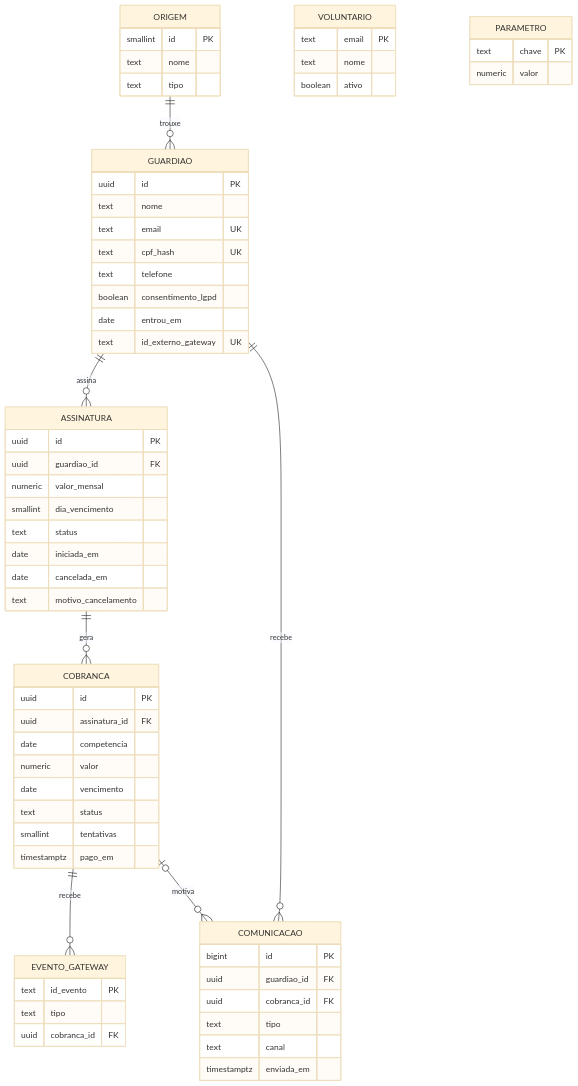
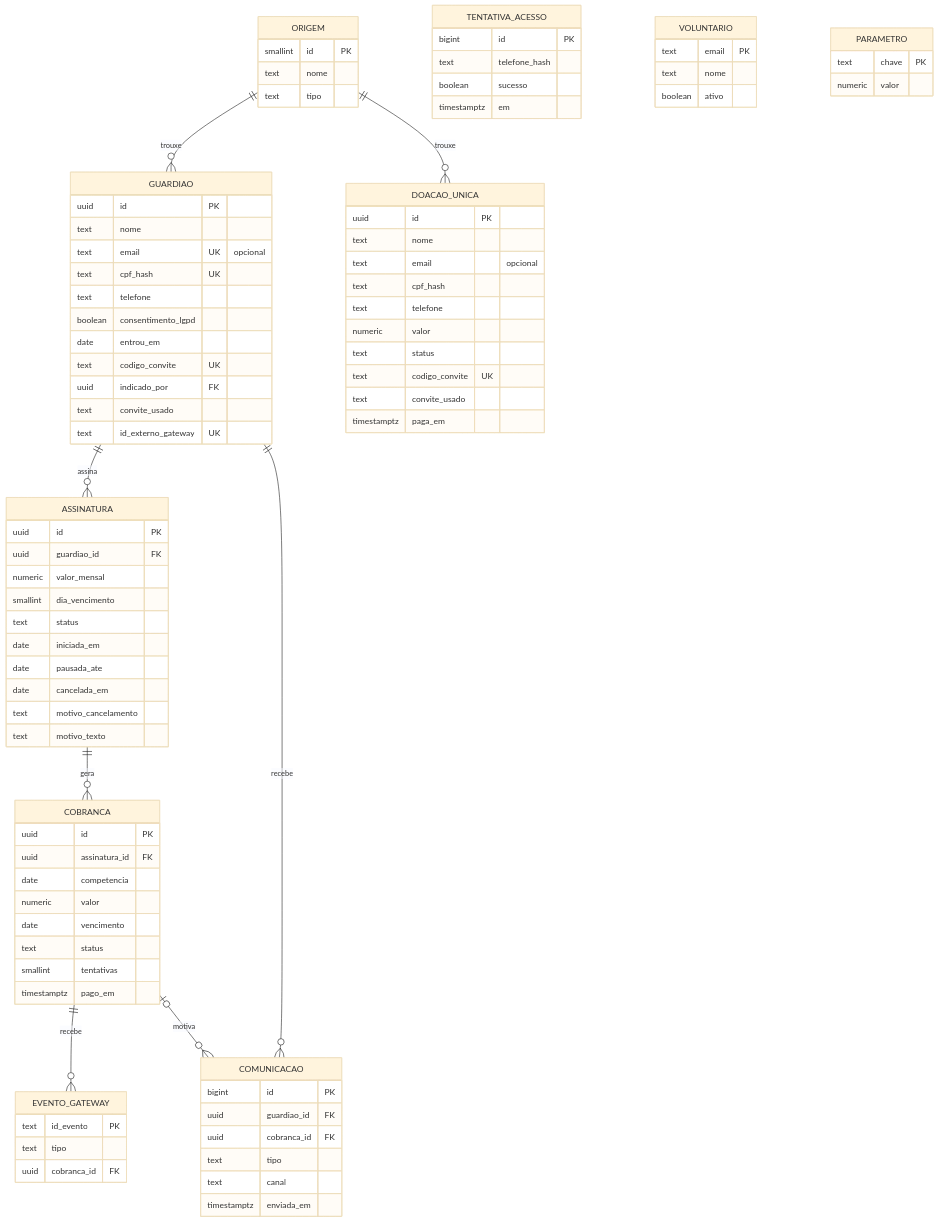
Before and after one commit to steniosouza97-svg/clube-guardioes-mvp: the diagram in docs/modelo_de_dados.md, drawn with Mermaid (base theme). The commit also changed other lines of this file and 12 other files, not shown here.

````diff
--- a/docs/modelo_de_dados.md
+++ b/docs/modelo_de_dados.md
@@ -13,50 +13,70 @@
 ```mermaid
 erDiagram
     ORIGEM ||--o{ GUARDIAO : "trouxe"
     GUARDIAO ||--o{ ASSINATURA : "assina"
     ASSINATURA ||--o{ COBRANCA : "gera"
     COBRANCA ||--o{ EVENTO_GATEWAY : "recebe"
     GUARDIAO ||--o{ COMUNICACAO : "recebe"
     COBRANCA |o--o{ COMUNICACAO : "motiva"
+    ORIGEM ||--o{ DOACAO_UNICA : "trouxe"
     ORIGEM { smallint id PK
              text nome
              text tipo }
     GUARDIAO { uuid id PK
                text nome
-               text email UK
+               text email UK "opcional"
                text cpf_hash UK
                text telefone
                boolean consentimento_lgpd
                date entrou_em
+               text codigo_convite UK
+               uuid indicado_por FK
+               text convite_usado
                text id_externo_gateway UK }
     ASSINATURA { uuid id PK
                  uuid guardiao_id FK
                  numeric valor_mensal
                  smallint dia_vencimento
                  text status
                  date iniciada_em
+                 date pausada_ate
                  date cancelada_em
-                 text motivo_cancelamento }
+                 text motivo_cancelamento
+                 text motivo_texto }
     COBRANCA { uuid id PK
                uuid assinatura_id FK
                date competencia
                numeric valor
                date vencimento
                text status
                smallint tentativas
                timestamptz pago_em }
     COMUNICACAO { bigint id PK
                   uuid guardiao_id FK
                   uuid cobranca_id FK
                   text tipo
                   text canal
                   timestamptz enviada_em }
     EVENTO_GATEWAY { text id_evento PK
                      text tipo
                      uuid cobranca_id FK }
+    DOACAO_UNICA { uuid id PK
+                   text nome
+                   text email "opcional"
+                   text cpf_hash
+                   text telefone
+                   numeric valor
+                   text status
+                   text codigo_convite UK
+                   text convite_usado
+                   timestamptz paga_em }
+    TENTATIVA_ACESSO { bigint id PK
+                       text telefone_hash
+                       boolean sucesso
+                       timestamptz em }
     VOLUNTARIO { text email PK
                  text nome
                  boolean ativo }
     PARAMETRO { text chave PK
                 numeric valor }
 ```
````
